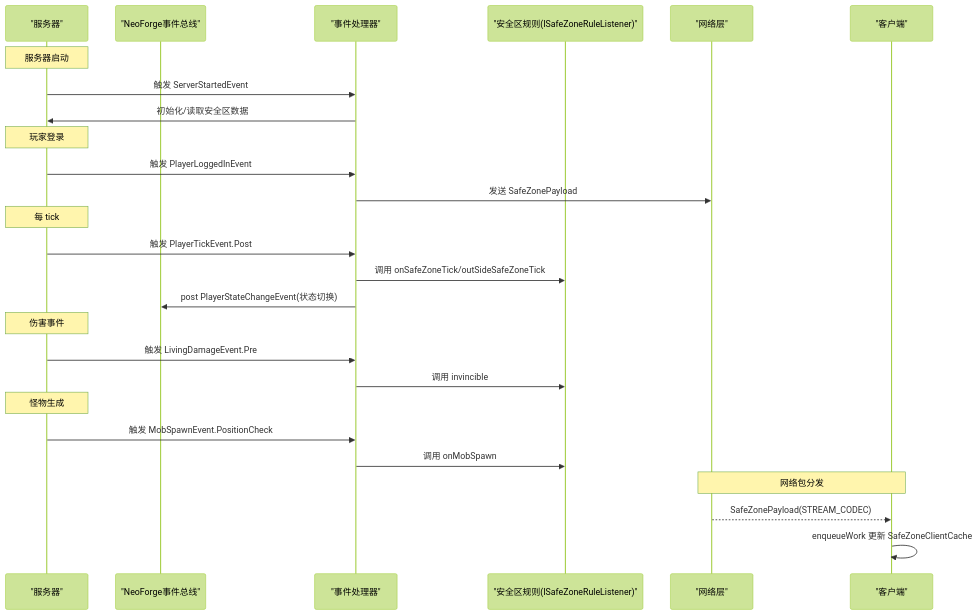
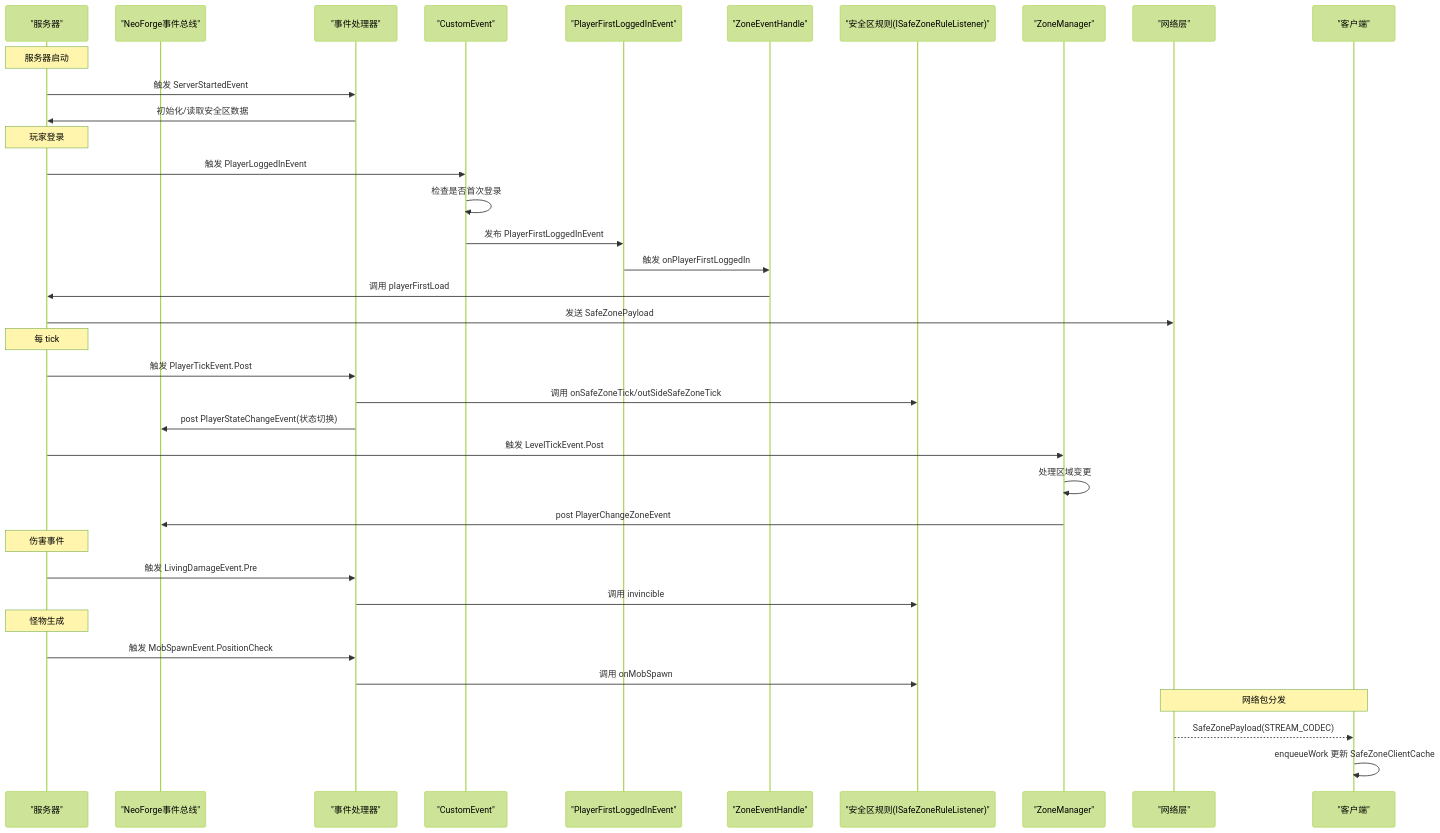
One commit to Ver-shift/SubModulesGeneHunter changed the second of 10 diagrams in .qoder/repowiki/zh/content/安全区系统/事件处理系统.md. Above: the diagram before and after it, drawn with Mermaid (forest theme). The commit also changed other lines of this file and 49 other files, not shown here.

````diff
--- a/.qoder/repowiki/zh/content/安全区系统/事件处理系统.md
+++ b/.qoder/repowiki/zh/content/安全区系统/事件处理系统.md
@@ -121,28 +156,39 @@
 ```mermaid
 sequenceDiagram
 participant Server as "服务器"
 participant Bus as "NeoForge事件总线"
 participant Handlers as "事件处理器"
+participant Custom as "CustomEvent"
+participant FirstLogin as "PlayerFirstLoggedInEvent"
+participant Zone as "ZoneEventHandle"
 participant Rules as "安全区规则(ISafeZoneRuleListener)"
+participant ZoneMgr as "ZoneManager"
 participant Net as "网络层"
 participant Client as "客户端"
 Note over Server : 服务器启动
 Server->>Handlers : 触发 ServerStartedEvent
 Handlers->>Server : 初始化/读取安全区数据
 Note over Server : 玩家登录
-Server->>Handlers : 触发 PlayerLoggedInEvent
-Handlers->>Net : 发送 SafeZonePayload
+Server->>Custom : 触发 PlayerLoggedInEvent
+Custom->>Custom : 检查是否首次登录
+Custom->>FirstLogin : 发布 PlayerFirstLoggedInEvent
+FirstLogin->>Zone : 触发 onPlayerFirstLoggedIn
+Zone->>Server : 调用 playerFirstLoad
+Server->>Net : 发送 SafeZonePayload
 Note over Server : 每 tick
 Server->>Handlers : 触发 PlayerTickEvent.Post
 Handlers->>Rules : 调用 onSafeZoneTick/outSideSafeZoneTick
 Handlers->>Bus : post PlayerStateChangeEvent(状态切换)
+Server->>ZoneMgr : 触发 LevelTickEvent.Post
+ZoneMgr->>ZoneMgr : 处理区域变更
+ZoneMgr->>Bus : post PlayerChangeZoneEvent
 Note over Server : 伤害事件
 Server->>Handlers : 触发 LivingDamageEvent.Pre
 Handlers->>Rules : 调用 invincible
 Note over Server : 怪物生成
 Server->>Handlers : 触发 MobSpawnEvent.PositionCheck
 Handlers->>Rules : 调用 onMobSpawn
 Note over Net,Client : 网络包分发
 Net-->>Client : SafeZonePayload(STREAM_CODEC)
 Client->>Client : enqueueWork 更新 SafeZoneClientCache
 ```
````
